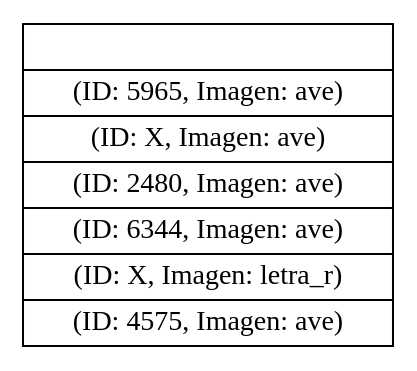
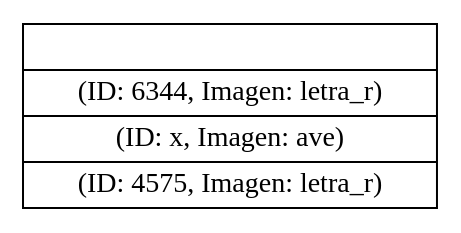
Before and after one commit to Ssolares0/EDD_VJ1S2023_PY_202004822: the diagram in FASE1/Reportes/pila.dot, drawn with Graphviz. The commit also changed 10 other files, not shown here.

```diff
--- a/FASE1/Reportes/pila.dot
+++ b/FASE1/Reportes/pila.dot
@@ -1,4 +1,4 @@
 digraph pila{
 rankdir=LR;
-node[shape = record]nodo0 [label="|(ID: 5965, Imagen: ave)|(ID: X, Imagen: ave)|(ID: 2480, Imagen: ave)|(ID: 6344, Imagen: ave)|(ID: X, Imagen: letra_r)|(ID: 4575, Imagen: ave)"]; 
+node[shape = record]nodo0 [label="|(ID: 6344, Imagen: letra_r)|(ID: x, Imagen: ave)|(ID: 4575, Imagen: letra_r)"]; 
 }
```
